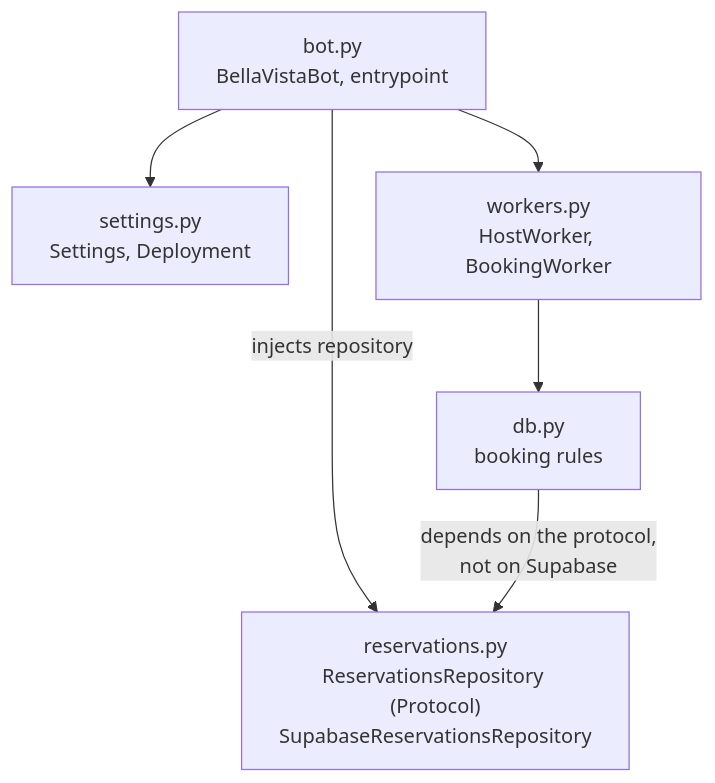
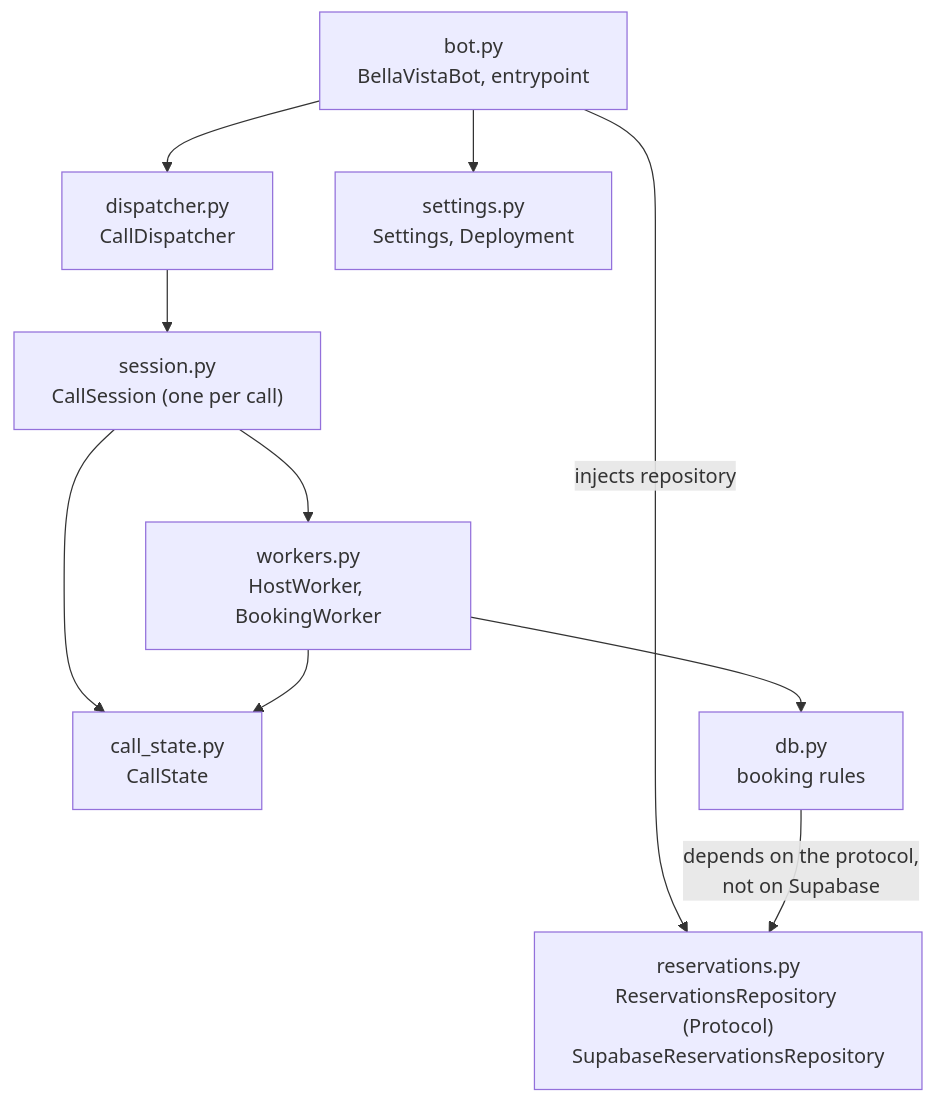
The diagram in docs/diagrams/modules.mmd (rafaelsanin/realtime-ai-voice-multi-agent), drawn with Mermaid before and after one commit. The commit also changed 14 other files, not shown here.

First line of the commit message:
calls: per-call dispatch for concurrent callers

```diff
--- a/docs/diagrams/modules.mmd
+++ b/docs/diagrams/modules.mmd
@@ -1,12 +1,19 @@
 flowchart TD
     bot["bot.py<br/>BellaVistaBot, entrypoint"]
+    dispatcher["dispatcher.py<br/>CallDispatcher"]
+    session["session.py<br/>CallSession (one per call)"]
     settings["settings.py<br/>Settings, Deployment"]
+    state["call_state.py<br/>CallState"]
     workers["workers.py<br/>HostWorker, BookingWorker"]
     db["db.py<br/>booking rules"]
     res["reservations.py<br/>ReservationsRepository (Protocol)<br/>SupabaseReservationsRepository"]
 
     bot --> settings
-    bot --> workers
+    bot --> dispatcher
     bot -->|injects repository| res
+    dispatcher --> session
+    session --> workers
+    session --> state
+    workers --> state
     workers --> db
     db -->|depends on the protocol,<br/>not on Supabase| res
```
